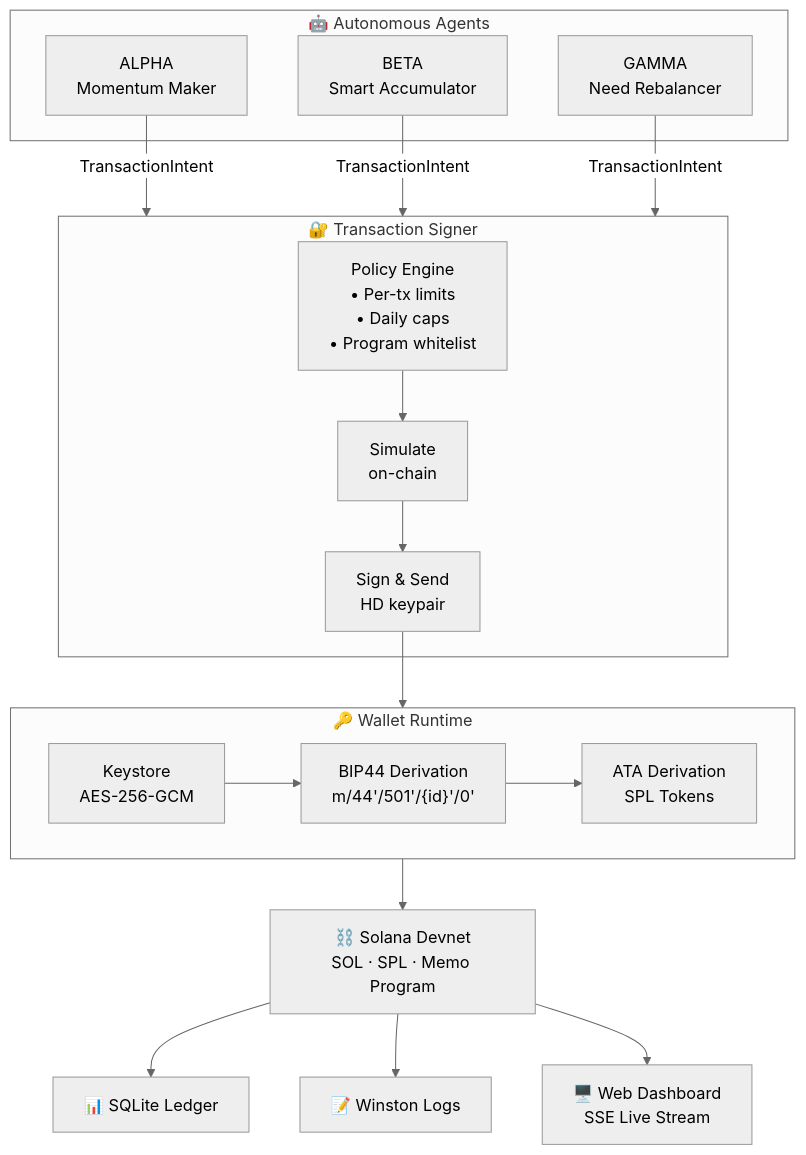
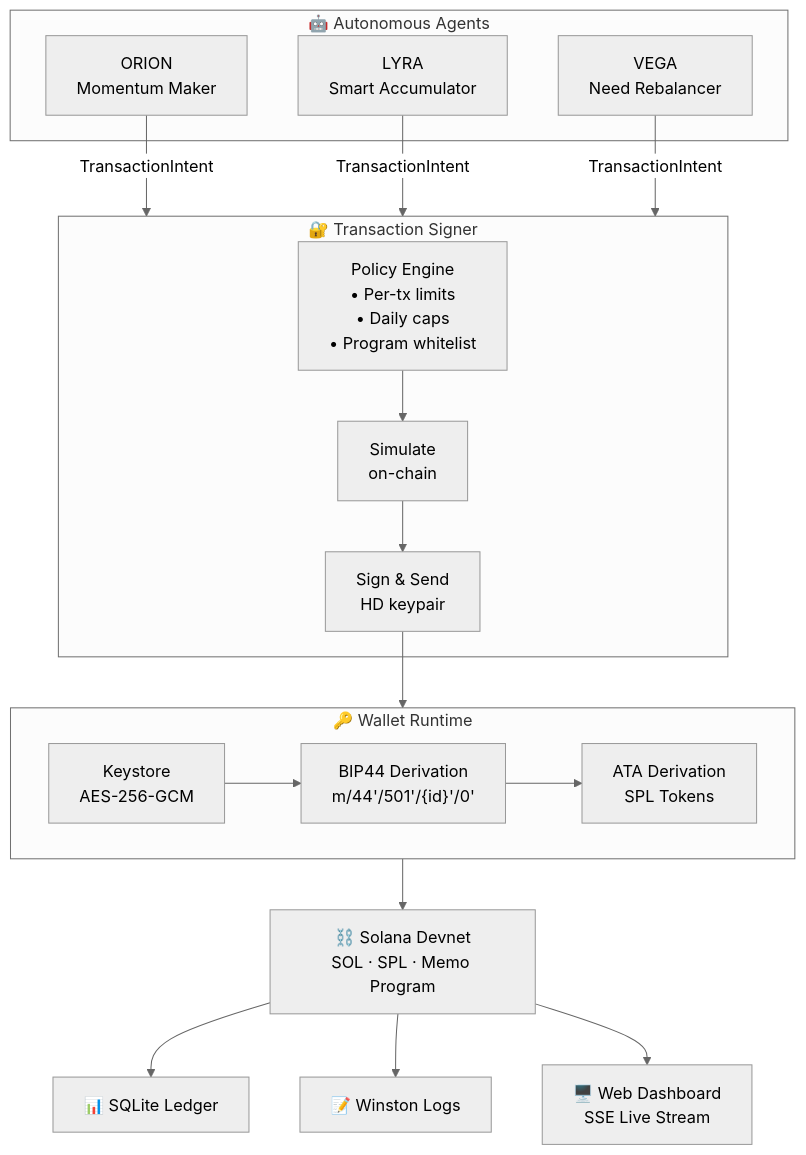
Before and after one commit to mendouksaiii/agent-wallet-runtime: the diagram in README.md, drawn with Mermaid (neutral theme). The commit also changed other lines of this file and 13 other files, not shown here.

Commit message:
Rename agents to Orion/Lyra/Vega and redesign dashboards to 3D Retro Voxel UI

````diff
--- a/README.md
+++ b/README.md
@@ -11,29 +11,29 @@
 ```mermaid
 flowchart TD
     subgraph Agents["🤖 Autonomous Agents"]
-        A["ALPHA\nMomentum Maker"]
-        B["BETA\nSmart Accumulator"]
-        G["GAMMA\nNeed Rebalancer"]
+        A["ORION\nMomentum Maker"]
+        B["LYRA\nSmart Accumulator"]
+        G["VEGA\nNeed Rebalancer"]
     end
 
     A -->|"TransactionIntent"| S
     B -->|"TransactionIntent"| S
     G -->|"TransactionIntent"| S
 
     subgraph S["🔐 Transaction Signer"]
         P["Policy Engine\n• Per-tx limits\n• Daily caps\n• Program whitelist"] --> SIM["Simulate\non-chain"]
         SIM --> SIGN["Sign & Send\nHD keypair"]
     end
 
     subgraph R["🔑 Wallet Runtime"]
         KS["Keystore\nAES-256-GCM"] --> HD["BIP44 Derivation\nm/44'/501'/{id}'/0'"]
         HD --> ATA["ATA Derivation\nSPL Tokens"]
     end
 
     SIGN --> R
     R --> DEV["⛓️ Solana Devnet\nSOL · SPL · Memo Program"]
 
     DEV --> DB["📊 SQLite Ledger"]
     DEV --> LOG["📝 Winston Logs"]
     DEV --> DASH["🖥️ Web Dashboard\nSSE Live Stream"]
 ```
````
